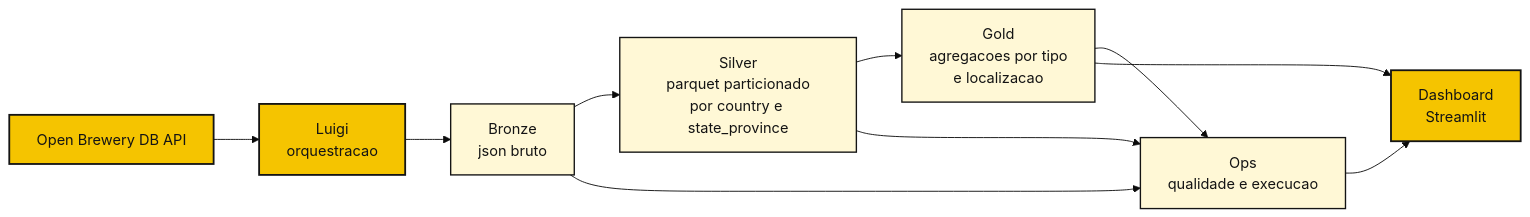
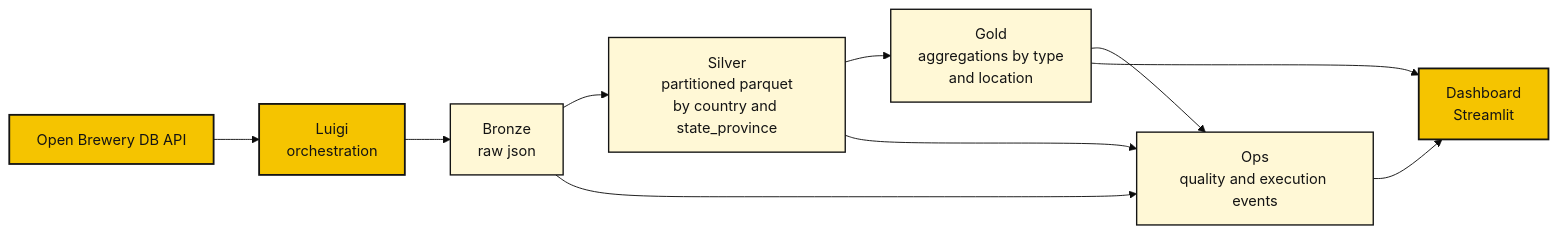
Before and after one commit to leorosp/bees-data-engineering-case: the diagram in README.md, drawn with Mermaid (base theme). The commit also changed other lines of this file and 13 other files, not shown here.

````diff
--- a/README.md
+++ b/README.md
@@ -53,17 +53,17 @@
 ```mermaid
 flowchart LR
-    A["Open Brewery DB API"] --> B["Luigi<br/>orquestracao"]
-    B --> C["Bronze<br/>json bruto"]
-    C --> D["Silver<br/>parquet particionado<br/>por country e state_province"]
-    D --> E["Gold<br/>agregacoes por tipo<br/>e localizacao"]
-    C --> F["Ops<br/>qualidade e execucao"]
+    A["Open Brewery DB API"] --> B["Luigi<br/>orchestration"]
+    B --> C["Bronze<br/>raw json"]
+    C --> D["Silver<br/>partitioned parquet<br/>by country and state_province"]
+    D --> E["Gold<br/>aggregations by type<br/>and location"]
+    C --> F["Ops<br/>quality and execution events"]
     D --> F
     E --> F
     E --> G["Dashboard<br/>Streamlit"]
     F --> G
 
     classDef bees fill:#F5C400,stroke:#141414,color:#141414,stroke-width:2px;
     classDef neutral fill:#FFF8D6,stroke:#141414,color:#141414,stroke-width:1.5px;
     class A,B,G bees;
     class C,D,E,F neutral;
 ```
````
